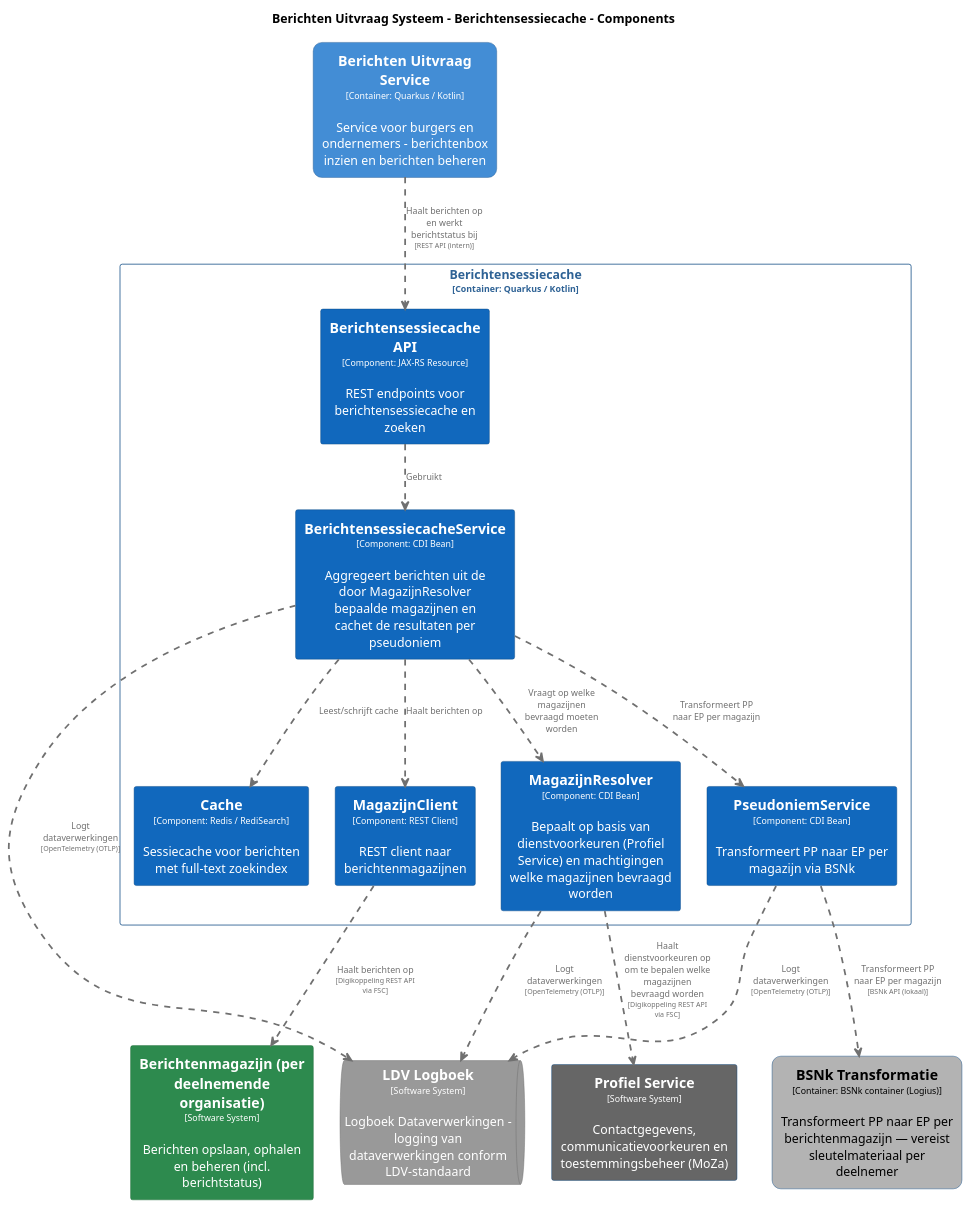
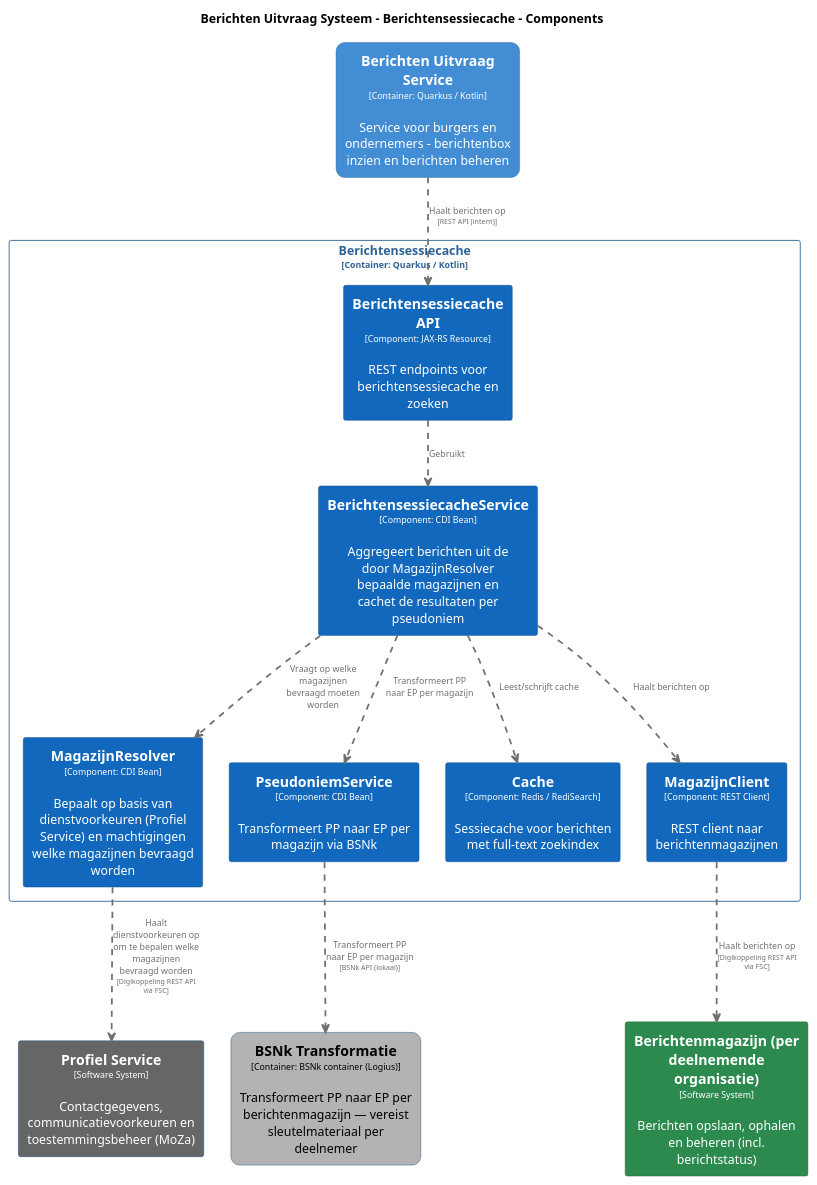
The diagram in pr-preview/pr-22/master/puml/BerichtensessiecacheComponenten.puml (MinBZK/moza-poc-fbs-berichtenbox), drawn with PlantUML before and after one commit. The commit also changed 53 other files, not shown here.

```diff
--- a/pr-preview/pr-22/master/puml/BerichtensessiecacheComponenten.puml
+++ b/pr-preview/pr-22/master/puml/BerichtensessiecacheComponenten.puml
@@ -1,119 +1,109 @@
 @startuml
 set separator none
 title Berichten Uitvraag Systeem - Berichtensessiecache - Components
 
 top to bottom direction
 skinparam ranksep 60
 skinparam nodesep 30
 
 skinparam {
   arrowFontSize 10
   defaultTextAlignment center
   wrapWidth 200
   maxMessageSize 100
 }
 
 hide stereotype
 
 skinparam rectangle<<BerichtenUitvraagSysteem.BSNkTransformatie>> {
   BackgroundColor #b3b3b3
   FontColor #000000
   BorderColor #0b4884
   roundCorner 20
   shadowing false
 }
 skinparam rectangle<<BerichtenUitvraagSysteem.BerichtenUitvraagService>> {
   BackgroundColor #438dd5
   FontColor #ffffff
   BorderColor #2e6295
   roundCorner 20
   shadowing false
 }
 skinparam rectangle<<Berichtenmagazijnperdeelnemendeorganisatie>> {
   BackgroundColor #2d8a4e
   FontColor #ffffff
   BorderColor #1e6b38
   shadowing false
 }
 skinparam rectangle<<BerichtenUitvraagSysteem.Berichtensessiecache.BerichtensessiecacheAPI>> {
   BackgroundColor #1168bd
   FontColor #ffffff
   BorderColor #0b4884
   shadowing false
 }
 skinparam rectangle<<BerichtenUitvraagSysteem.Berichtensessiecache.BerichtensessiecacheService>> {
   BackgroundColor #1168bd
   FontColor #ffffff
   BorderColor #0b4884
   shadowing false
 }
 skinparam rectangle<<BerichtenUitvraagSysteem.Berichtensessiecache.Cache>> {
   BackgroundColor #1168bd
   FontColor #ffffff
   BorderColor #0b4884
   shadowing false
 }
-skinparam queue<<LDVLogboek>> {
-  BackgroundColor #999999
-  FontColor #ffffff
-  BorderColor #6b6b6b
-  shadowing false
-}
 skinparam rectangle<<BerichtenUitvraagSysteem.Berichtensessiecache.MagazijnClient>> {
   BackgroundColor #1168bd
   FontColor #ffffff
   BorderColor #0b4884
   shadowing false
 }
 skinparam rectangle<<BerichtenUitvraagSysteem.Berichtensessiecache.MagazijnResolver>> {
   BackgroundColor #1168bd
   FontColor #ffffff
   BorderColor #0b4884
   shadowing false
 }
 skinparam rectangle<<ProfielService>> {
   BackgroundColor #666666
   FontColor #ffffff
   BorderColor #0b4884
   shadowing false
 }
 skinparam rectangle<<BerichtenUitvraagSysteem.Berichtensessiecache.PseudoniemService>> {
   BackgroundColor #1168bd
   FontColor #ffffff
   BorderColor #0b4884
   shadowing false
 }
 skinparam rectangle<<BerichtenUitvraagSysteem.Berichtensessiecache>> {
   BorderColor #2e6295
   FontColor #2e6295
   shadowing false
 }
 
 rectangle "==Profiel Service\n<size:10>[Software System]</size>\n\nContactgegevens, communicatievoorkeuren en toestemmingsbeheer (MoZa)" <<ProfielService>> as ProfielService
 rectangle "==Berichtenmagazijn (per deelnemende organisatie)\n<size:10>[Software System]</size>\n\nBerichten opslaan, ophalen en beheren (incl. berichtstatus)" <<Berichtenmagazijnperdeelnemendeorganisatie>> as Berichtenmagazijnperdeelnemendeorganisatie
 rectangle "==Berichten Uitvraag Service\n<size:10>[Container: Quarkus / Kotlin]</size>\n\nService voor burgers en ondernemers - berichtenbox inzien en berichten beheren" <<BerichtenUitvraagSysteem.BerichtenUitvraagService>> as BerichtenUitvraagSysteem.BerichtenUitvraagService
 rectangle "==BSNk Transformatie\n<size:10>[Container: BSNk container (Logius)]</size>\n\nTransformeert PP naar EP per berichtenmagazijn — vereist sleutelmateriaal per deelnemer" <<BerichtenUitvraagSysteem.BSNkTransformatie>> as BerichtenUitvraagSysteem.BSNkTransformatie
-queue "==LDV Logboek\n<size:10>[Software System]</size>\n\nLogboek Dataverwerkingen - logging van dataverwerkingen conform LDV-standaard" <<LDVLogboek>> as LDVLogboek
 
 rectangle "Berichtensessiecache\n<size:10>[Container: Quarkus / Kotlin]</size>" <<BerichtenUitvraagSysteem.Berichtensessiecache>> {
   rectangle "==Berichtensessiecache API\n<size:10>[Component: JAX-RS Resource]</size>\n\nREST endpoints voor berichtensessiecache en zoeken" <<BerichtenUitvraagSysteem.Berichtensessiecache.BerichtensessiecacheAPI>> as BerichtenUitvraagSysteem.Berichtensessiecache.BerichtensessiecacheAPI
   rectangle "==MagazijnResolver\n<size:10>[Component: CDI Bean]</size>\n\nBepaalt op basis van dienstvoorkeuren (Profiel Service) en machtigingen welke magazijnen bevraagd worden" <<BerichtenUitvraagSysteem.Berichtensessiecache.MagazijnResolver>> as BerichtenUitvraagSysteem.Berichtensessiecache.MagazijnResolver
   rectangle "==PseudoniemService\n<size:10>[Component: CDI Bean]</size>\n\nTransformeert PP naar EP per magazijn via BSNk" <<BerichtenUitvraagSysteem.Berichtensessiecache.PseudoniemService>> as BerichtenUitvraagSysteem.Berichtensessiecache.PseudoniemService
   rectangle "==BerichtensessiecacheService\n<size:10>[Component: CDI Bean]</size>\n\nAggregeert berichten uit de door MagazijnResolver bepaalde magazijnen en cachet de resultaten per pseudoniem" <<BerichtenUitvraagSysteem.Berichtensessiecache.BerichtensessiecacheService>> as BerichtenUitvraagSysteem.Berichtensessiecache.BerichtensessiecacheService
   rectangle "==Cache\n<size:10>[Component: Redis / RediSearch]</size>\n\nSessiecache voor berichten met full-text zoekindex" <<BerichtenUitvraagSysteem.Berichtensessiecache.Cache>> as BerichtenUitvraagSysteem.Berichtensessiecache.Cache
   rectangle "==MagazijnClient\n<size:10>[Component: REST Client]</size>\n\nREST client naar berichtenmagazijnen" <<BerichtenUitvraagSysteem.Berichtensessiecache.MagazijnClient>> as BerichtenUitvraagSysteem.Berichtensessiecache.MagazijnClient
 }
 
 BerichtenUitvraagSysteem.Berichtensessiecache.MagazijnResolver .[#707070,thickness=2].> ProfielService : "<color:#707070>Haalt dienstvoorkeuren op om te bepalen welke magazijnen bevraagd worden\n<color:#707070><size:8>[Digikoppeling REST API via FSC]</size>"
 BerichtenUitvraagSysteem.Berichtensessiecache.MagazijnClient .[#707070,thickness=2].> Berichtenmagazijnperdeelnemendeorganisatie : "<color:#707070>Haalt berichten op\n<color:#707070><size:8>[Digikoppeling REST API via FSC]</size>"
-BerichtenUitvraagSysteem.Berichtensessiecache.BerichtensessiecacheService .[#707070,thickness=2].> LDVLogboek : "<color:#707070>Logt dataverwerkingen\n<color:#707070><size:8>[OpenTelemetry (OTLP)]</size>"
-BerichtenUitvraagSysteem.Berichtensessiecache.MagazijnResolver .[#707070,thickness=2].> LDVLogboek : "<color:#707070>Logt dataverwerkingen\n<color:#707070><size:8>[OpenTelemetry (OTLP)]</size>"
-BerichtenUitvraagSysteem.Berichtensessiecache.PseudoniemService .[#707070,thickness=2].> LDVLogboek : "<color:#707070>Logt dataverwerkingen\n<color:#707070><size:8>[OpenTelemetry (OTLP)]</size>"
 BerichtenUitvraagSysteem.Berichtensessiecache.BerichtensessiecacheAPI .[#707070,thickness=2].> BerichtenUitvraagSysteem.Berichtensessiecache.BerichtensessiecacheService : "<color:#707070>Gebruikt"
 BerichtenUitvraagSysteem.Berichtensessiecache.BerichtensessiecacheService .[#707070,thickness=2].> BerichtenUitvraagSysteem.Berichtensessiecache.MagazijnResolver : "<color:#707070>Vraagt op welke magazijnen bevraagd moeten worden"
 BerichtenUitvraagSysteem.Berichtensessiecache.BerichtensessiecacheService .[#707070,thickness=2].> BerichtenUitvraagSysteem.Berichtensessiecache.PseudoniemService : "<color:#707070>Transformeert PP naar EP per magazijn"
 BerichtenUitvraagSysteem.Berichtensessiecache.BerichtensessiecacheService .[#707070,thickness=2].> BerichtenUitvraagSysteem.Berichtensessiecache.Cache : "<color:#707070>Leest/schrijft cache"
 BerichtenUitvraagSysteem.Berichtensessiecache.BerichtensessiecacheService .[#707070,thickness=2].> BerichtenUitvraagSysteem.Berichtensessiecache.MagazijnClient : "<color:#707070>Haalt berichten op"
 BerichtenUitvraagSysteem.Berichtensessiecache.PseudoniemService .[#707070,thickness=2].> BerichtenUitvraagSysteem.BSNkTransformatie : "<color:#707070>Transformeert PP naar EP per magazijn\n<color:#707070><size:8>[BSNk API (lokaal)]</size>"
-BerichtenUitvraagSysteem.BerichtenUitvraagService .[#707070,thickness=2].> BerichtenUitvraagSysteem.Berichtensessiecache.BerichtensessiecacheAPI : "<color:#707070>Haalt berichten op en werkt berichtstatus bij\n<color:#707070><size:8>[REST API (intern)]</size>"
+BerichtenUitvraagSysteem.BerichtenUitvraagService .[#707070,thickness=2].> BerichtenUitvraagSysteem.Berichtensessiecache.BerichtensessiecacheAPI : "<color:#707070>Haalt berichten op\n<color:#707070><size:8>[REST API (intern)]</size>"
 @enduml
```
